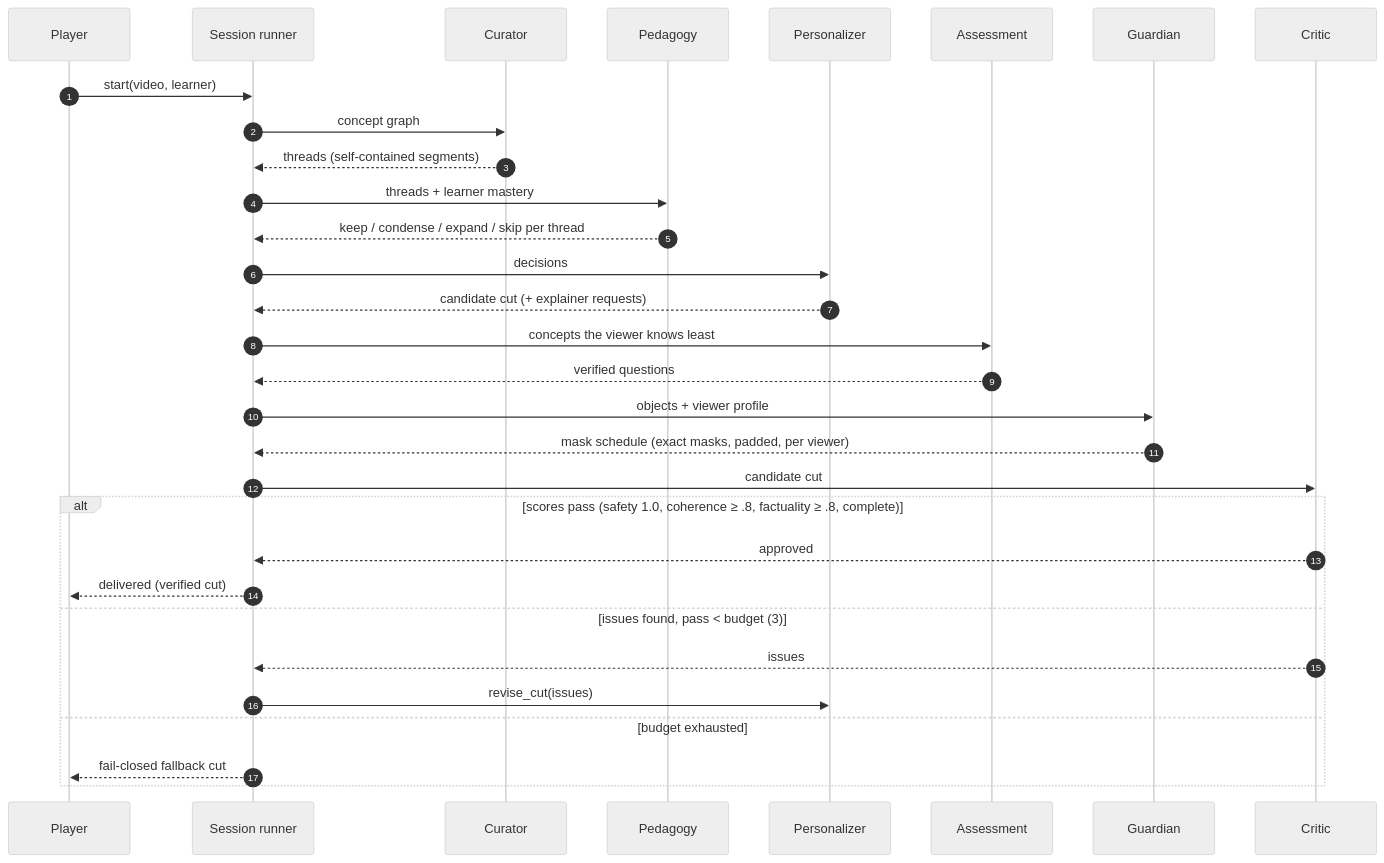
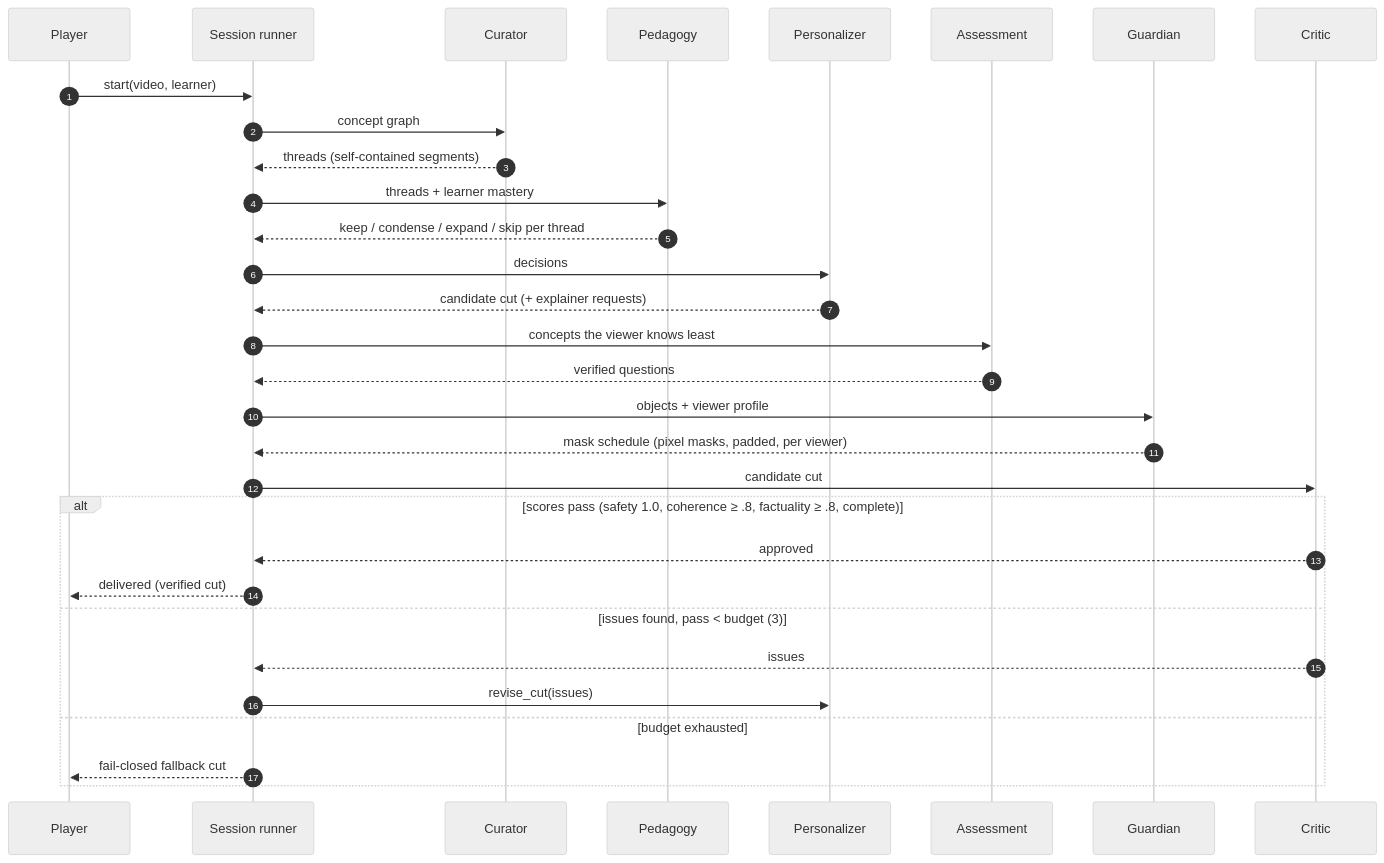
The fourth of 5 diagrams in README.md (Kamalllx/LOOM-Live-Object-Grounded-Orchestrated-Media), drawn with Mermaid (neutral theme) before and after one commit. The commit also changed other lines of this file and 285 other files, not shown here.

````diff
--- a/README.md
+++ b/README.md
@@ -330,33 +513,33 @@
 ```mermaid
 sequenceDiagram
   autonumber
   participant UI as Player
   participant S as Session runner
   participant CU as Curator
   participant PE as Pedagogy
   participant PZ as Personalizer
   participant AS as Assessment
   participant GD as Guardian
   participant CR as Critic
   UI->>S: start(video, learner)
   S->>CU: concept graph
   CU-->>S: threads (self-contained segments)
   S->>PE: threads + learner mastery
   PE-->>S: keep / condense / expand / skip per thread
   S->>PZ: decisions
   PZ-->>S: candidate cut (+ explainer requests)
   S->>AS: concepts the viewer knows least
   AS-->>S: verified questions
   S->>GD: objects + viewer profile
-  GD-->>S: mask schedule (exact masks, padded, per viewer)
+  GD-->>S: mask schedule (pixel masks, padded, per viewer)
   S->>CR: candidate cut
   alt scores pass (safety 1.0, coherence ≥ .8, factuality ≥ .8, complete)
     CR-->>S: approved
     S-->>UI: delivered (verified cut)
   else issues found, pass < budget (3)
     CR-->>S: issues
     S->>PZ: revise_cut(issues)
   else budget exhausted
     S-->>UI: fail-closed fallback cut
   end
 ```
````
